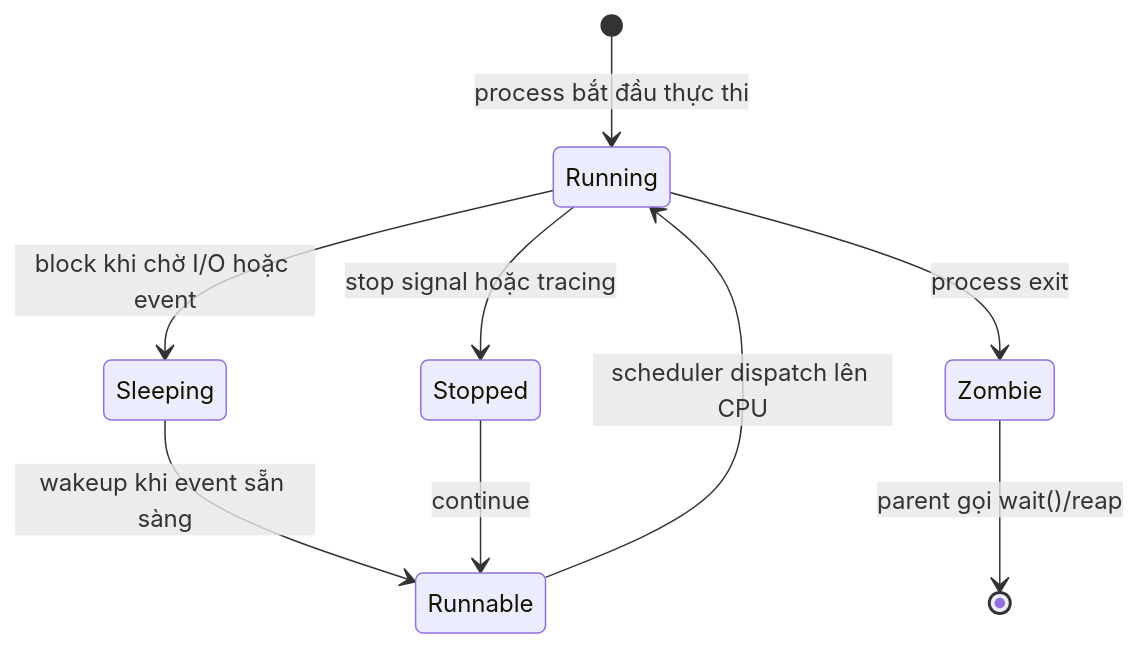
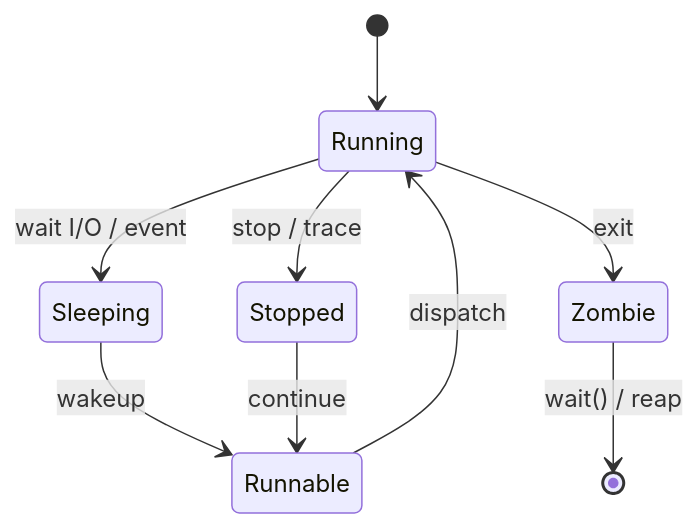
One commit to hai-kevins/embedded-linux changed the diagram in phase-01/README-topic-04.md. Above: the diagram before and after it, drawn with Mermaid. The commit also changed 6 other files, not shown here.

````diff
--- a/phase-01/README-topic-04.md
+++ b/phase-01/README-topic-04.md
@@ -664,11 +664,11 @@
 ```mermaid
 stateDiagram-v2
-    [*] --> Running: process bắt đầu thực thi
-    Running --> Sleeping: block khi chờ I/O hoặc event
-    Sleeping --> Runnable: wakeup khi event sẵn sàng
-    Runnable --> Running: scheduler dispatch lên CPU
-    Running --> Stopped: stop signal hoặc tracing
+    [*] --> Running
+    Running --> Sleeping: wait I/O / event
+    Sleeping --> Runnable: wakeup
+    Runnable --> Running: dispatch
+    Running --> Stopped: stop / trace
     Stopped --> Runnable: continue
-    Running --> Zombie: process exit
-    Zombie --> [*]: parent gọi wait()/reap
+    Running --> Zombie: exit
+    Zombie --> [*]: wait() / reap
 ```
````
